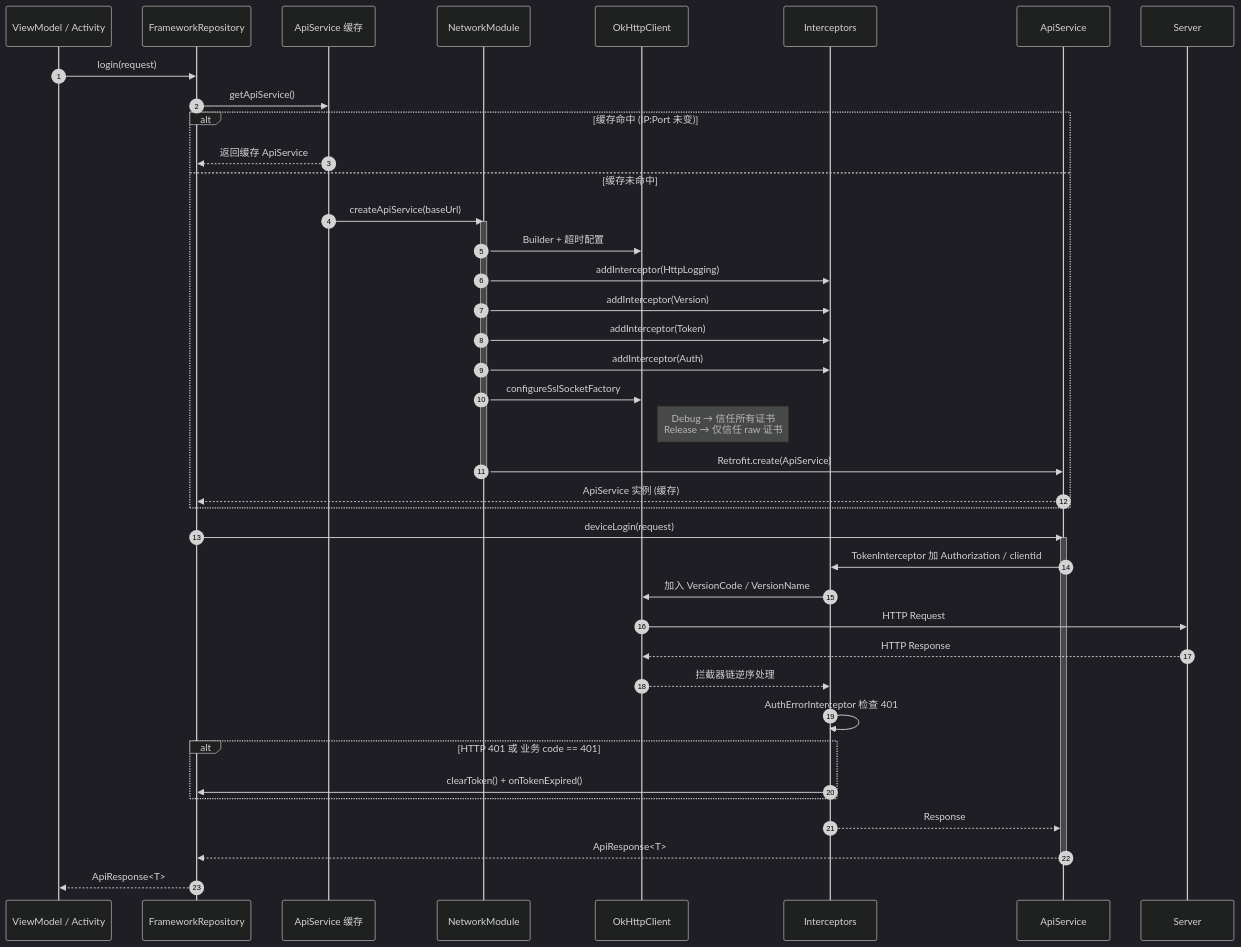
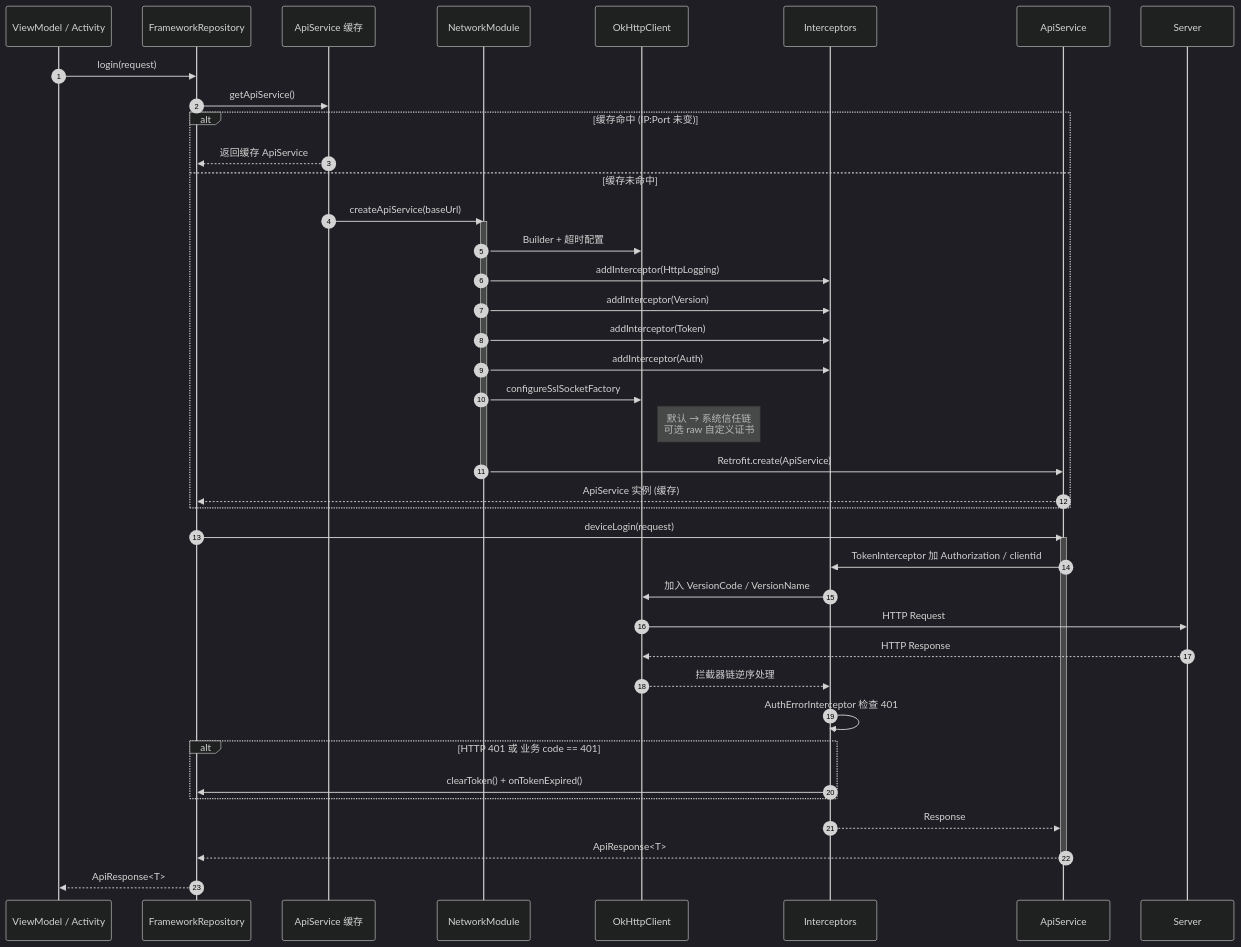
The third of 4 diagrams in docs/ARCHITECTURE.md (SiXuManYan/AndroidFrameworkTemplate), drawn with Mermaid (dark theme) before and after one commit. The commit also changed 16 other files, not shown here.

````diff
--- a/docs/ARCHITECTURE.md
+++ b/docs/ARCHITECTURE.md
@@ -146,47 +146,47 @@
 ```mermaid
 sequenceDiagram
     autonumber
     participant Caller as ViewModel / Activity
     participant Repo as FrameworkRepository
     participant Cache as ApiService 缓存
     participant NM as NetworkModule
     participant OK as OkHttpClient
     participant INT as Interceptors
     participant API as ApiService
     participant SV as Server
 
     Caller->>Repo: login(request)
     Repo->>Cache: getApiService()
     alt 缓存命中 (IP:Port 未变)
         Cache-->>Repo: 返回缓存 ApiService
     else 缓存未命中
         Cache->>NM: createApiService(baseUrl)
         activate NM
         NM->>OK: Builder + 超时配置
         NM->>INT: addInterceptor(HttpLogging)
         NM->>INT: addInterceptor(Version)
         NM->>INT: addInterceptor(Token)
         NM->>INT: addInterceptor(Auth)
         NM->>OK: configureSslSocketFactory
-        Note right of OK: Debug → 信任所有证书<br/>Release → 仅信任 raw 证书
+        Note right of OK: 默认 → 系统信任链<br/>可选 raw 自定义证书
         NM->>API: Retrofit.create(ApiService)
         deactivate NM
         API-->>Repo: ApiService 实例 (缓存)
     end
 
     Repo->>API: deviceLogin(request)
     activate API
     API->>INT: TokenInterceptor 加 Authorization / clientid
     INT->>OK: 加入 VersionCode / VersionName
     OK->>SV: HTTP Request
     SV-->>OK: HTTP Response
     OK-->>INT: 拦截器链逆序处理
     INT->>INT: AuthErrorInterceptor 检查 401
     alt HTTP 401 或 业务 code == 401
         INT->>Repo: clearToken() + onTokenExpired()
     end
     INT-->>API: Response
     API-->>Repo: ApiResponse<T>
     deactivate API
     Repo-->>Caller: ApiResponse<T>
 ```
````
